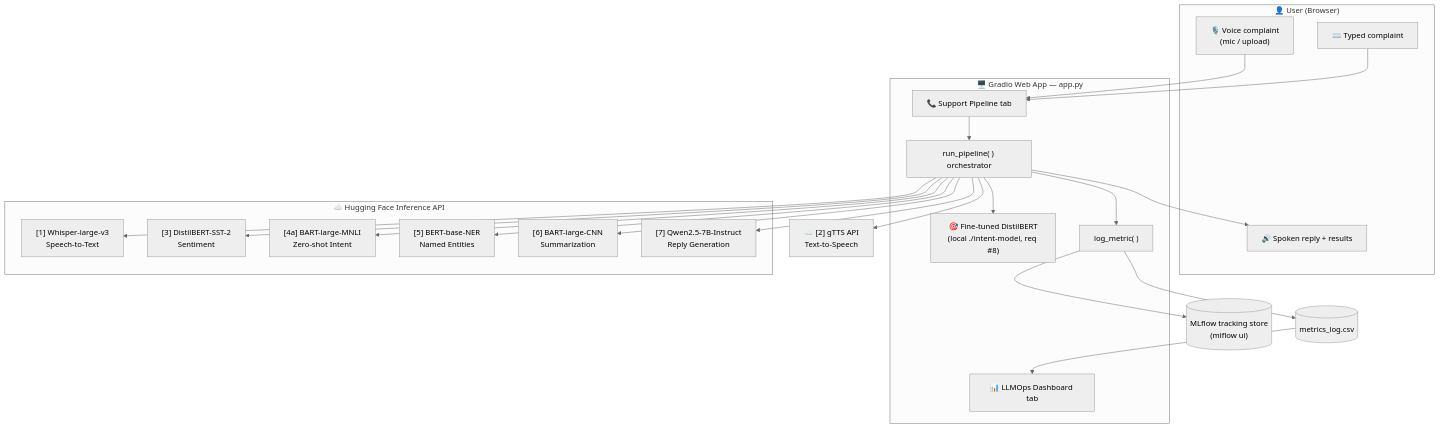
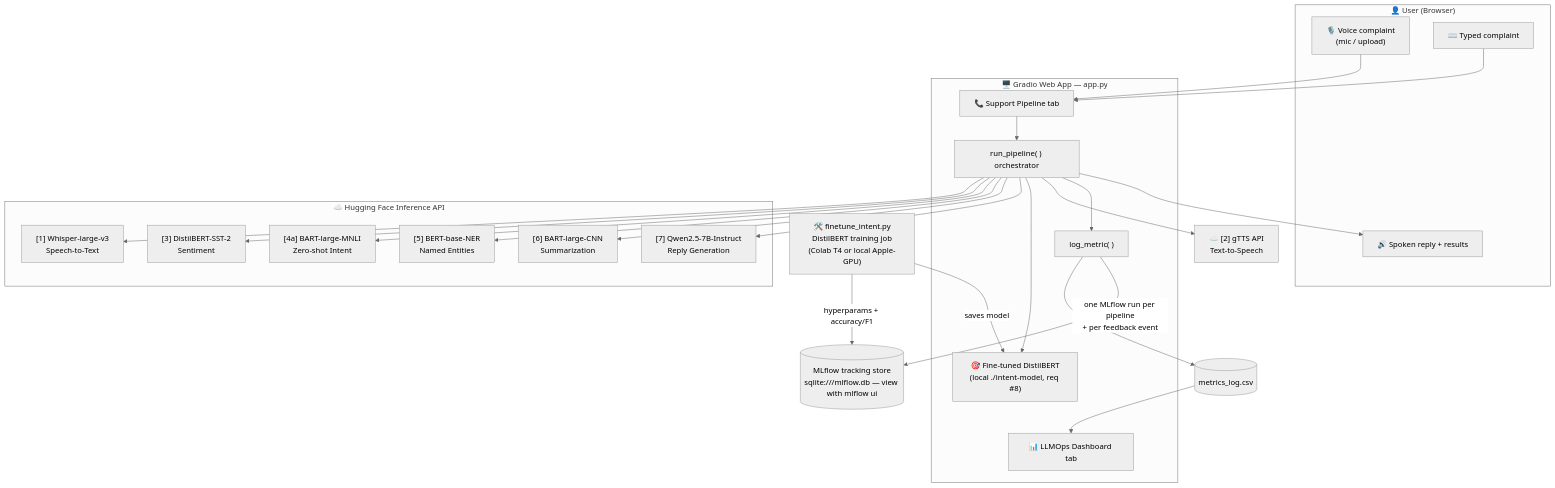
The first of 2 diagrams in README.md (yogisamy/voicedesk-ai), drawn with Mermaid (neutral theme) before and after one commit. The commit also changed other lines of this file and 5 other files, not shown here.

````diff
--- a/README.md
+++ b/README.md
@@ -14,39 +14,42 @@
 ```mermaid
 flowchart TB
     subgraph CLIENT["👤 User (Browser)"]
         MIC["🎙️ Voice complaint<br/>(mic / upload)"]
         TXT["⌨️ Typed complaint"]
         SPK["🔊 Spoken reply + results"]
     end
 
     subgraph APP["🖥️ Gradio Web App — app.py"]
         UI["📞 Support Pipeline tab"]
         ORCH["run_pipeline( ) orchestrator"]
         FT["🎯 Fine-tuned DistilBERT<br/>(local ./intent-model, req #8)"]
         LOGGER["log_metric( )"]
         DASH["📊 LLMOps Dashboard tab"]
     end
 
     subgraph HFAPI["☁️ Hugging Face Inference API"]
         ASR["[1] Whisper-large-v3<br/>Speech-to-Text"]
         SENT["[3] DistilBERT-SST-2<br/>Sentiment"]
         ZS["[4a] BART-large-MNLI<br/>Zero-shot Intent"]
         NER["[5] BERT-base-NER<br/>Named Entities"]
         SUM["[6] BART-large-CNN<br/>Summarization"]
         LLM["[7] Qwen2.5-7B-Instruct<br/>Reply Generation"]
     end
 
     GTTS["☁️ [2] gTTS API<br/>Text-to-Speech"]
     CSV[("metrics_log.csv")]
-    MLF[("MLflow tracking store<br/>(mlflow ui)")]
+    MLF[("MLflow tracking store<br/>sqlite:///mlflow.db — view with mlflow ui")]
+    FTS["🛠️ finetune_intent.py<br/>DistilBERT training job<br/>(Colab T4 or local Apple-GPU)"]
 
     MIC --> UI
     TXT --> UI
     UI --> ORCH
     ORCH --> ASR & SENT & ZS & NER & SUM & LLM
     ORCH --> FT
     ORCH --> GTTS
     ORCH --> LOGGER --> CSV --> DASH
-    LOGGER --> MLF
+    LOGGER -- "one MLflow run per pipeline<br/>+ per feedback event" --> MLF
+    FTS -- "saves model" --> FT
+    FTS -- "hyperparams + accuracy/F1" --> MLF
     ORCH --> SPK
 ```
````
